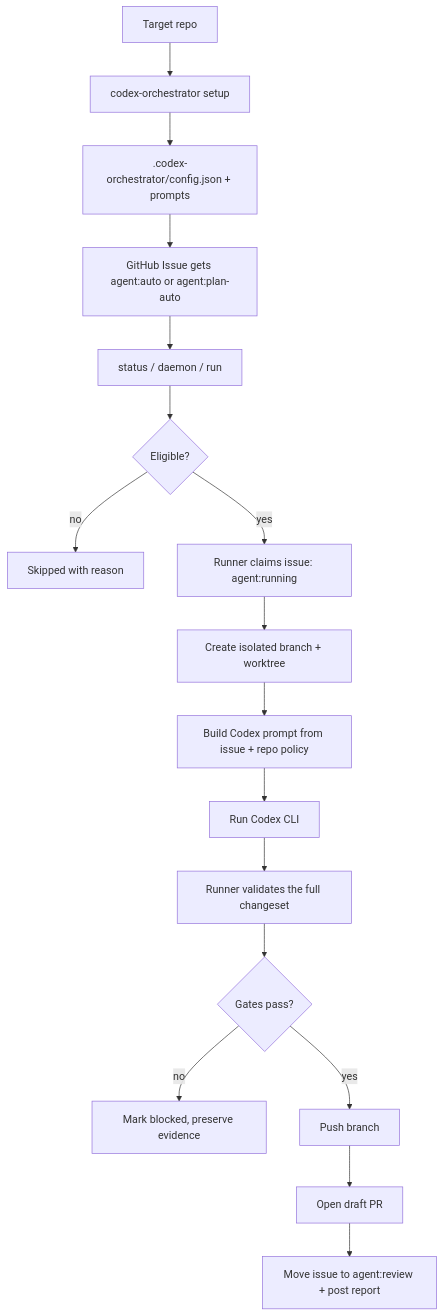
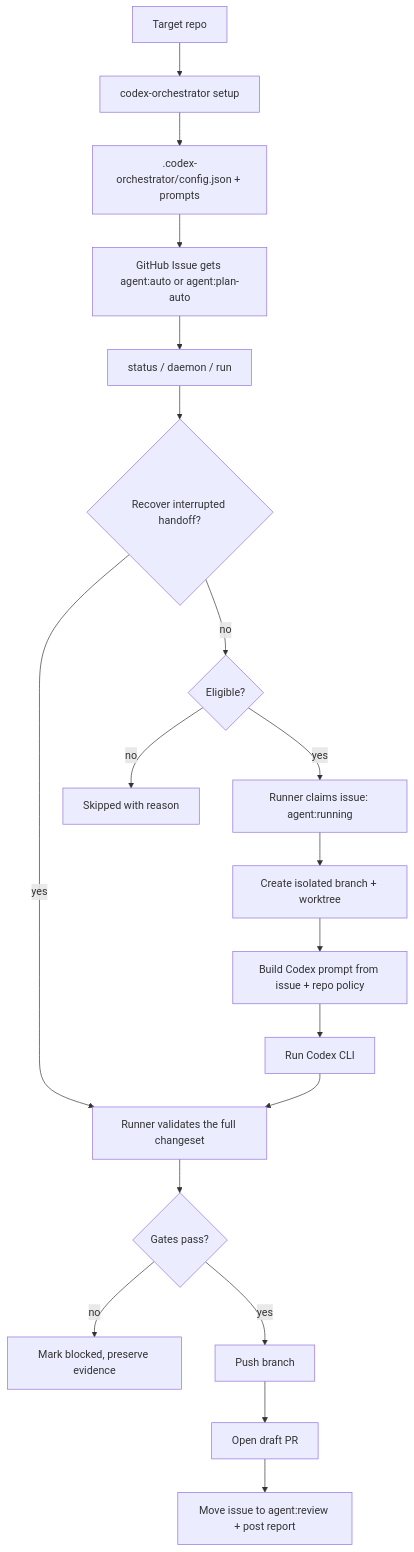
One commit to SergiiMytakii/codex-orchestrator changed the diagram in README.md. Above: the diagram before and after it, drawn with Mermaid. The commit also changed other lines of this file and 23 other files, not shown here.

````diff
--- a/README.md
+++ b/README.md
@@ -54,19 +56,21 @@
 ```mermaid
 flowchart TD
   A["Target repo"] --> B["codex-orchestrator setup"]
   B --> C[".codex-orchestrator/config.json + prompts"]
   C --> D["GitHub Issue gets agent:auto or agent:plan-auto"]
   D --> E["status / daemon / run"]
-  E --> F{"Eligible?"}
+  E --> R{"Recover interrupted handoff?"}
+  R -- "yes" --> L
+  R -- "no" --> F{"Eligible?"}
   F -- "no" --> G["Skipped with reason"]
   F -- "yes" --> H["Runner claims issue: agent:running"]
   H --> I["Create isolated branch + worktree"]
   I --> J["Build Codex prompt from issue + repo policy"]
   J --> K["Run Codex CLI"]
   K --> L["Runner validates the full changeset"]
   L --> M{"Gates pass?"}
   M -- "no" --> N["Mark blocked, preserve evidence"]
   M -- "yes" --> O["Push branch"]
   O --> P["Open draft PR"]
   P --> Q["Move issue to agent:review + post report"]
 ```
````
